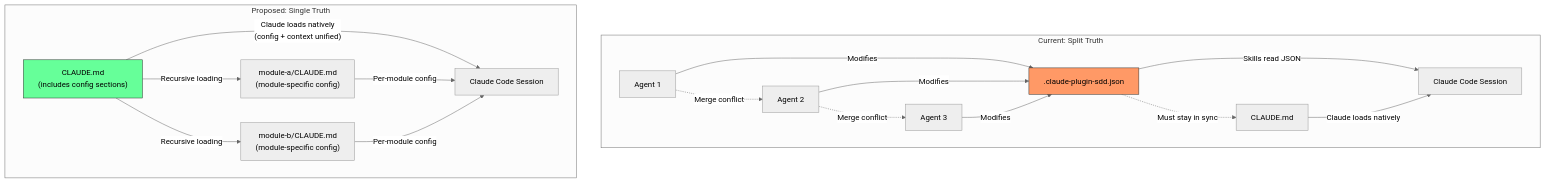
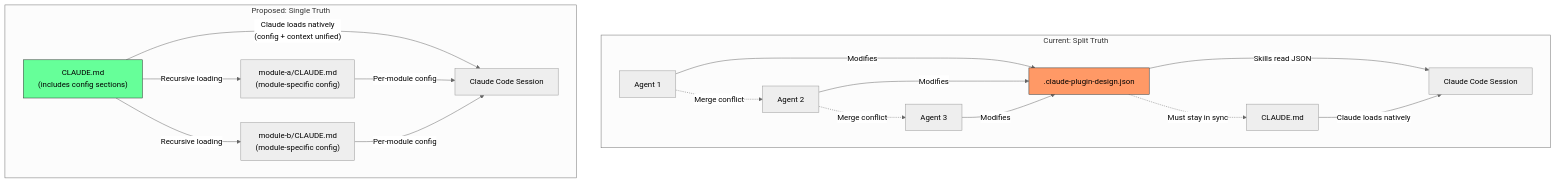
One commit to joestump/claude-plugin-sdd changed the diagram in docs/adrs/ADR-0015-markdown-native-configuration.md. Above: the diagram before and after it, drawn with Mermaid (neutral theme). The commit also changed other lines of this file and 33 other files, not shown here.

````diff
--- a/docs/adrs/ADR-0015-markdown-native-configuration.md
+++ b/docs/adrs/ADR-0015-markdown-native-configuration.md
@@ -114,31 +114,31 @@
 ```mermaid
 flowchart TD
     subgraph "Current: Split Truth"
-        A[".claude-plugin-sdd.json"]
+        A[".claude-plugin-design.json"]
         B["CLAUDE.md"]
         C["Claude Code Session"]
         A -->|"Skills read JSON"| C
         B -->|"Claude loads natively"| C
         A -.->|"Must stay in sync"| B
         D["Agent 1"] -->|"Modifies"| A
         E["Agent 2"] -->|"Modifies"| A
         F["Agent 3"] -->|"Modifies"| A
         D -.->|"Merge conflict"| E
         E -.->|"Merge conflict"| F
     end
 
     subgraph "Proposed: Single Truth"
         G["CLAUDE.md\n(includes config sections)"]
         H["Claude Code Session"]
         G -->|"Claude loads natively\n(config + context unified)"| H
         I["module-a/CLAUDE.md\n(module-specific config)"]
         J["module-b/CLAUDE.md\n(module-specific config)"]
         G -->|"Recursive loading"| I
         G -->|"Recursive loading"| J
         I -->|"Per-module config"| H
         J -->|"Per-module config"| H
     end
 
     style A fill:#f96,stroke:#333
     style G fill:#6f9,stroke:#333
 ```
````
